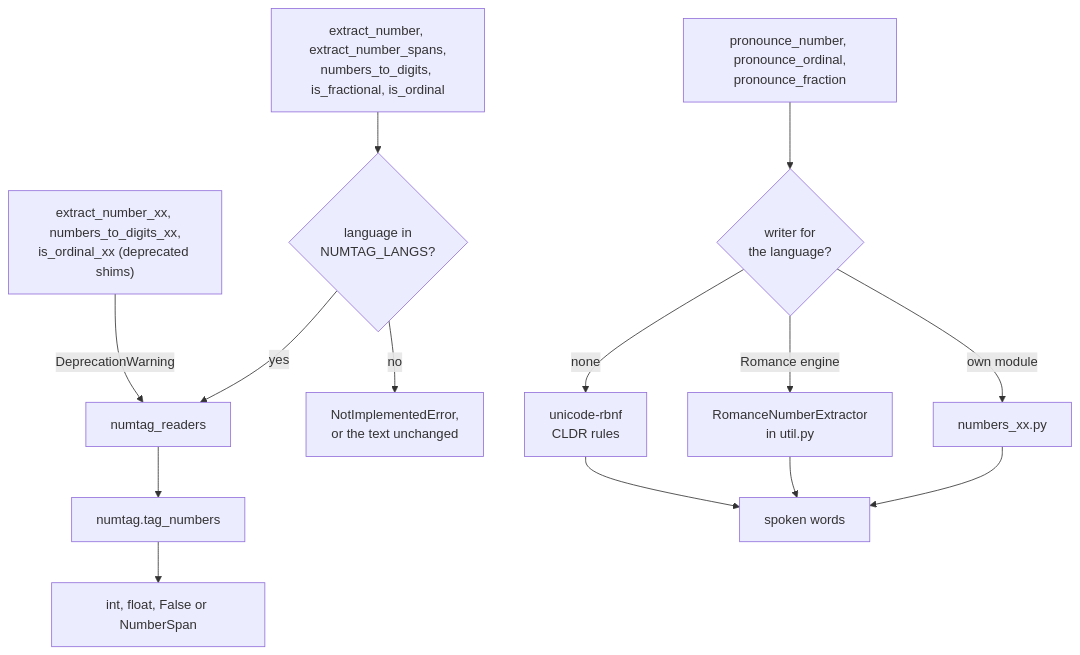
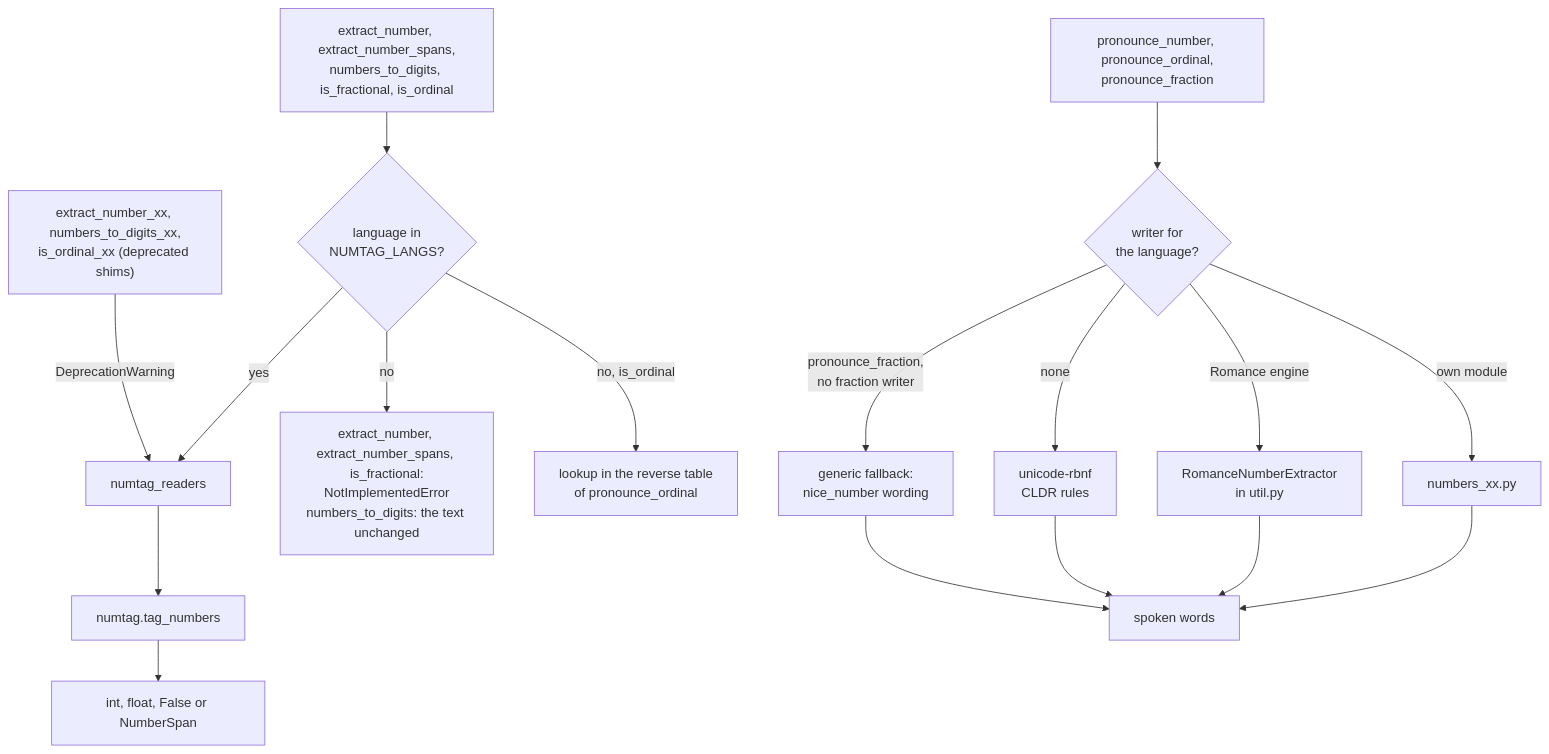
Before and after one commit to OpenVoiceOS/ovos-number-parser: the diagram in docs/how-it-works.md, drawn with Mermaid. The commit also changed other lines of this file and 3 other files, not shown here.

````diff
--- a/docs/how-it-works.md
+++ b/docs/how-it-works.md
@@ -39,14 +39,17 @@
 ```mermaid
 flowchart TD
     R["extract_number, extract_number_spans,<br/>numbers_to_digits, is_fractional, is_ordinal"] --> C{"language in<br/>NUMTAG_LANGS?"}
     C -- yes --> T["numtag_readers"] --> N["numtag.tag_numbers"] --> V["int, float, False or NumberSpan"]
-    C -- no --> U["NotImplementedError,<br/>or the text unchanged"]
+    C -- no --> U["extract_number, extract_number_spans, is_fractional:<br/>NotImplementedError<br/>numbers_to_digits: the text unchanged"]
+    C -- "no, is_ordinal" --> O["lookup in the reverse table<br/>of pronounce_ordinal"]
     D["extract_number_xx, numbers_to_digits_xx,<br/>is_ordinal_xx (deprecated shims)"] -- "DeprecationWarning" --> T
     W["pronounce_number, pronounce_ordinal,<br/>pronounce_fraction"] --> L{"writer for<br/>the language?"}
     L -- "own module" --> M["numbers_xx.py"]
     L -- "Romance engine" --> E["RomanceNumberExtractor<br/>in util.py"]
     L -- "none" --> B["unicode-rbnf<br/>CLDR rules"]
+    L -- "pronounce_fraction,<br/>no fraction writer" --> F["generic fallback:<br/>nice_number wording"]
     M --> S["spoken words"]
     E --> S
     B --> S
+    F --> S
 ```
````
